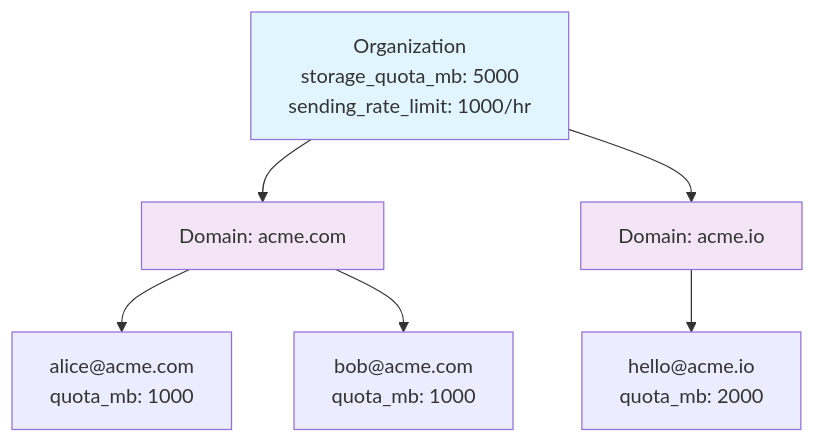
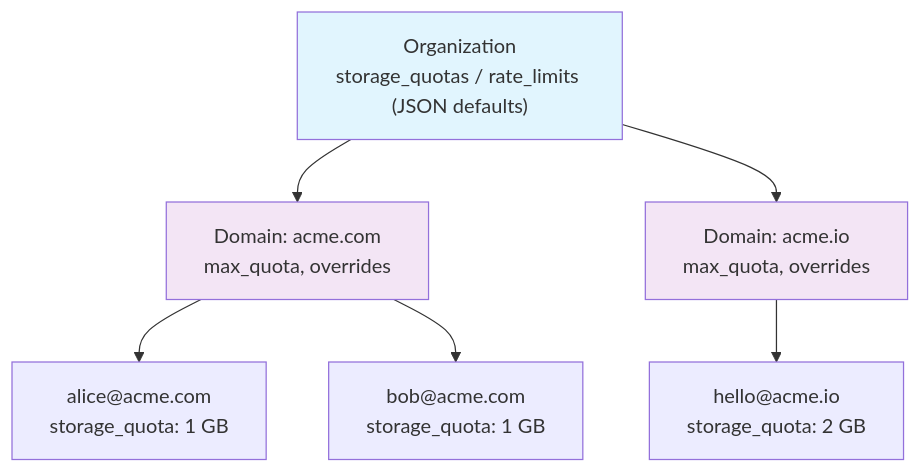
One commit to Techies-Africa/mailyte-mail-server-community changed the diagram in docs/architecture/organization-model.md. Above: the diagram before and after it, drawn with Mermaid. The commit also changed other lines of this file and 481 other files, not shown here.

````diff
--- a/docs/architecture/organization-model.md
+++ b/docs/architecture/organization-model.md
@@ -113,19 +107,19 @@
 ```mermaid
 graph TB
-    Org["Organization<br>storage_quota_mb: 5000<br>sending_rate_limit: 1000/hr"]
-    D1["Domain: acme.com"]
-    D2["Domain: acme.io"]
-    A1["alice@acme.com<br>quota_mb: 1000"]
-    A2["bob@acme.com<br>quota_mb: 1000"]
-    A3["hello@acme.io<br>quota_mb: 2000"]
+    Org["Organization<br>storage_quotas / rate_limits (JSON defaults)"]
+    D1["Domain: acme.com<br>max_quota, overrides"]
+    D2["Domain: acme.io<br>max_quota, overrides"]
+    A1["alice@acme.com<br>storage_quota: 1 GB"]
+    A2["bob@acme.com<br>storage_quota: 1 GB"]
+    A3["hello@acme.io<br>storage_quota: 2 GB"]
 
     Org --> D1
     Org --> D2
     D1 --> A1
     D1 --> A2
     D2 --> A3
 
     style Org fill:#e1f5fe
     style D1 fill:#f3e5f5
     style D2 fill:#f3e5f5
 ```
````
